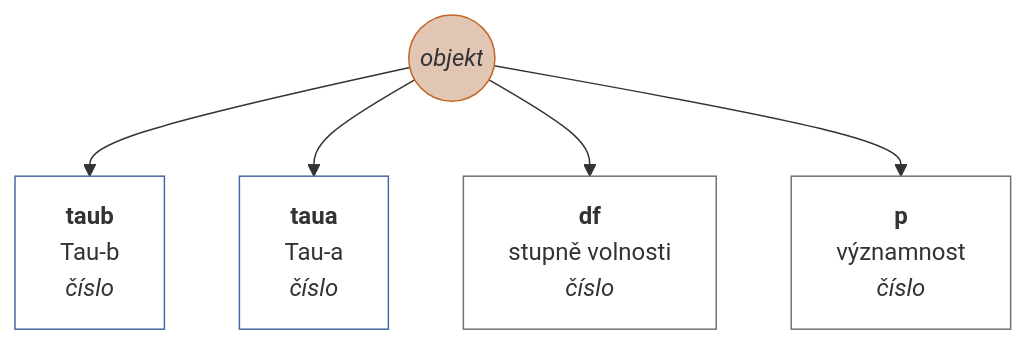
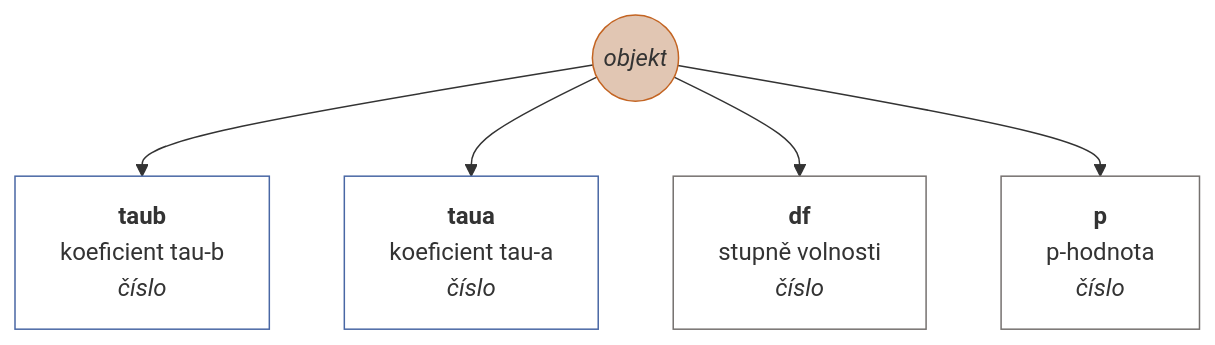
Diagram 29 of 38 in docs/cs-CZ.md (muzikp/retusa), drawn with Mermaid before and after one commit. The commit also changed other lines of this file and 8 other files, not shown here.

````diff
--- a/docs/cs-CZ.md
+++ b/docs/cs-CZ.md
@@ -1056,19 +1056,19 @@
 ```mermaid
 graph TD
 correlKendall((<i>objekt</i>))
 style correlKendall fill:#E1C6B3;
 style correlKendall stroke:#C36422;
-correlKendall --> taub[<b>taub</b><br>Tau-b <br><i>číslo</i>]
+correlKendall --> taub[<b>taub</b><br>koeficient tau-b <br><i>číslo</i>]
 style taub fill:#FFFFFF;
 style taub stroke:#4967A4;
-correlKendall --> taua[<b>taua</b><br>Tau-a <br><i>číslo</i>]
+correlKendall --> taua[<b>taua</b><br>koeficient tau-a <br><i>číslo</i>]
 style taua fill:#FFFFFF;
 style taua stroke:#4967A4;
 correlKendall --> df[<b>df</b><br>stupně volnosti <br><i>číslo</i>]
 style df fill:#FFFFFF;
 style df stroke:#75716F;
-correlKendall --> p[<b>p</b><br>významnost <br><i>číslo</i>]
+correlKendall --> p[<b>p</b><br>p-hodnota <br><i>číslo</i>]
 style p fill:#FFFFFF;
 style p stroke:#75716F;
 
 ```
````
